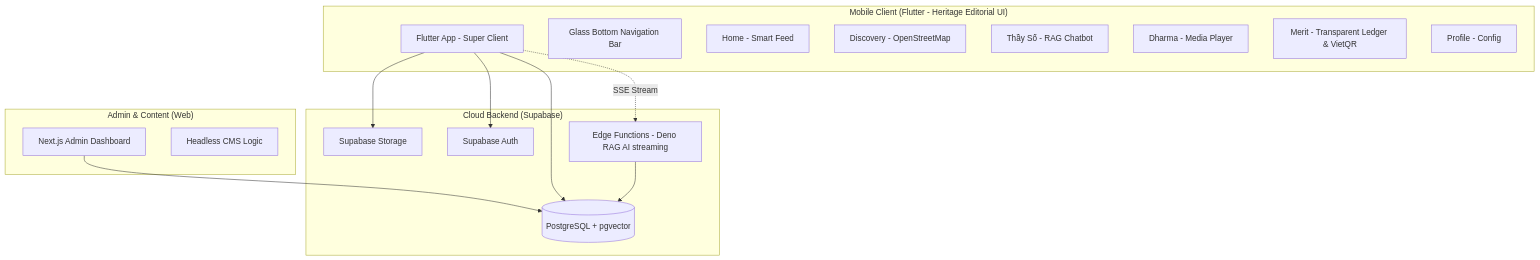
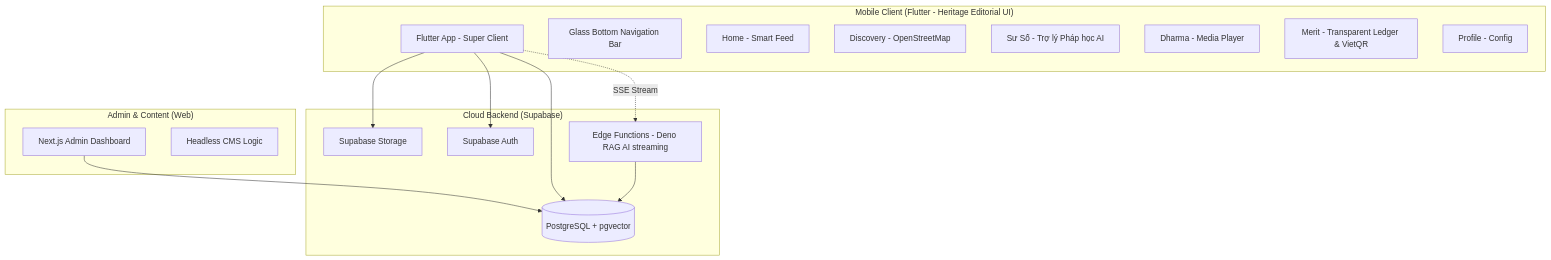
The diagram in docs/14_MOBILE_APP_ARCHITECTURE_DETAIL.md (Rochthii/temple-mobile), drawn with Mermaid before and after one commit. The commit also changed other lines of this file and 7 other files, not shown here.

Commit message:
docs(mobile): sync ai architecture and workflow documentation from web portal

````diff
--- a/docs/14_MOBILE_APP_ARCHITECTURE_DETAIL.md
+++ b/docs/14_MOBILE_APP_ARCHITECTURE_DETAIL.md
@@ -9,32 +9,32 @@
 ```mermaid
 graph TD
     subgraph "Cloud Backend (Supabase)"
         DB[(PostgreSQL + pgvector)]
         Storage[Supabase Storage]
         Auth[Supabase Auth]
         Edge[Edge Functions - Deno RAG AI streaming]
     end
 
     subgraph "Admin & Content (Web)"
         NextAdmin[Next.js Admin Dashboard]
         CMS[Headless CMS Logic]
     end
 
     subgraph "Mobile Client (Flutter - Heritage Editorial UI)"
         App[Flutter App - Super Client]
         Nav[Glass Bottom Navigation Bar]
         HomeTab[Home - Smart Feed]
         MapTab[Discovery - OpenStreetMap]
-        AITab[Thầy Số - RAG Chatbot]
+        AITab[Sư Số - Trợ lý Pháp học AI]
         DharmaTab[Dharma - Media Player]
         MeritTab[Merit - Transparent Ledger & VietQR]
         ProfileTab[Profile - Config]
     end
 
     NextAdmin --> DB
     App --> DB
     App --> Storage
     App --> Auth
     Edge --> DB
     App -.->|SSE Stream| Edge
 ```
````
